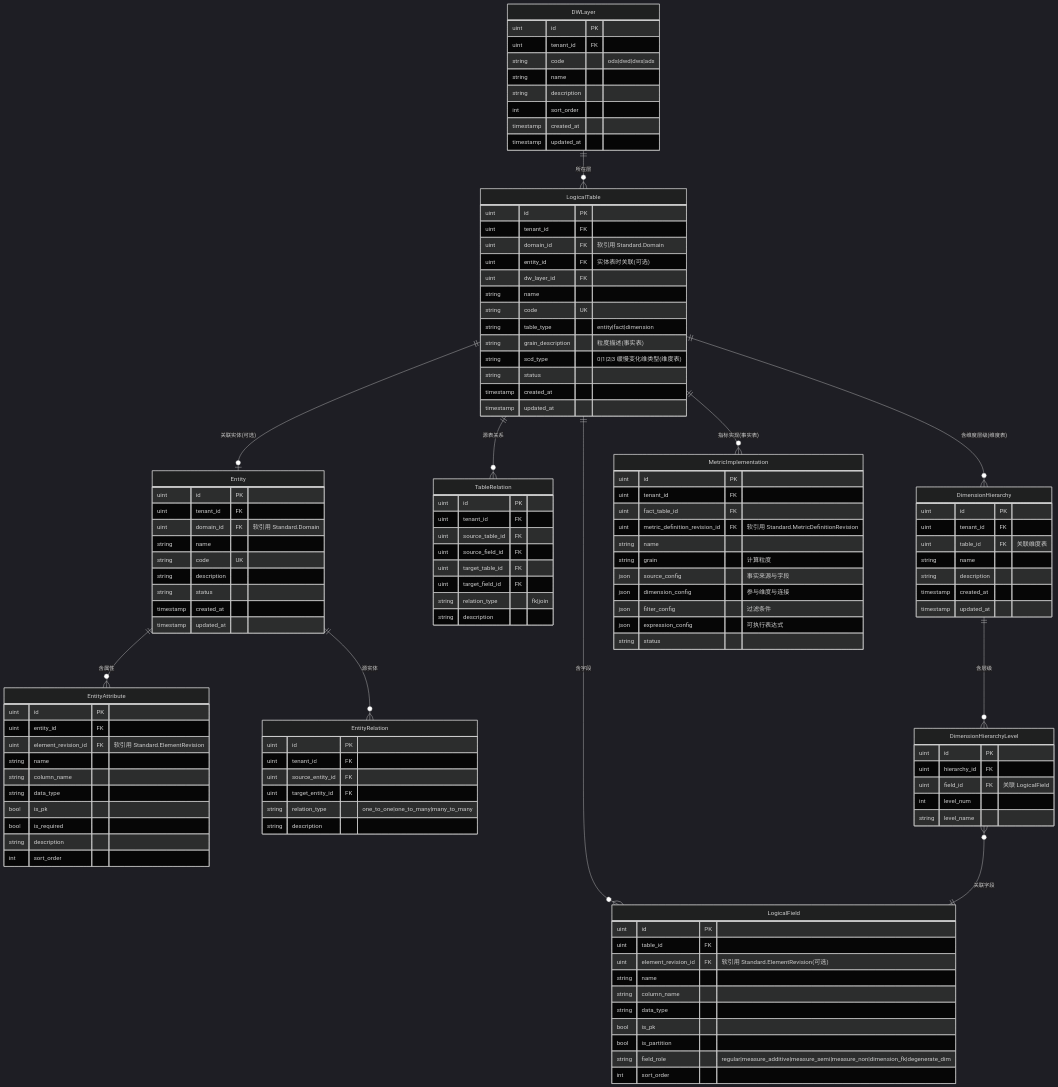
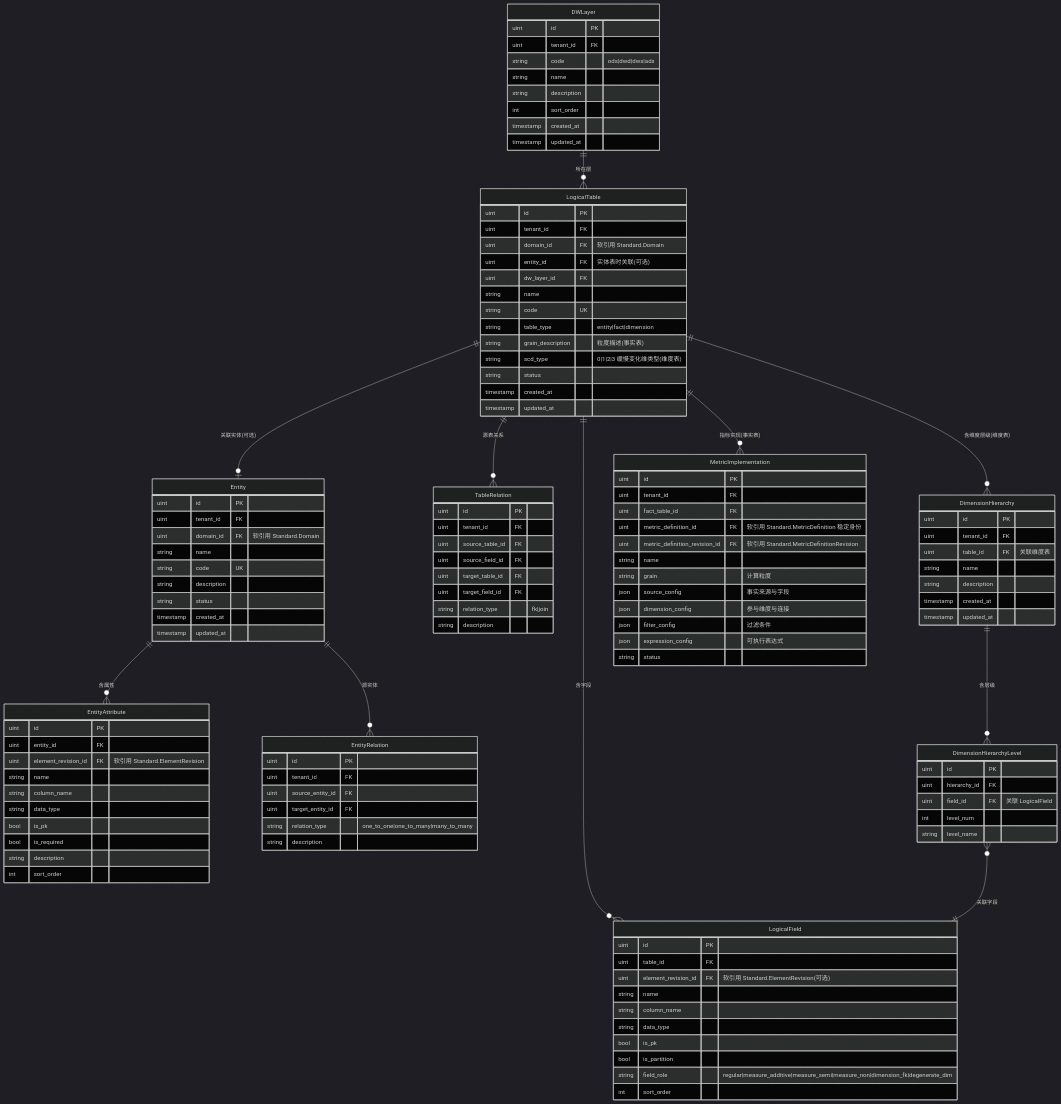
One commit to pampa0629/addp changed the seventh of 9 diagrams in docs/concepts/addp核心对象ER图（元模型）.md. Above: the diagram before and after it, drawn with Mermaid (dark theme). The commit also changed other lines of this file and 225 other files, not shown here.

```diff
--- a/docs/concepts/addp核心对象ER图（元模型）.md
+++ b/docs/concepts/addp核心对象ER图（元模型）.md
@@ -1259,6 +1272,7 @@
         uint id PK
         uint tenant_id FK
         uint fact_table_id FK
+        uint metric_definition_id FK "软引用 Standard.MetricDefinition 稳定身份"
         uint metric_definition_revision_id FK "软引用 Standard.MetricDefinitionRevision"
         string name
         string grain "计算粒度"
```
